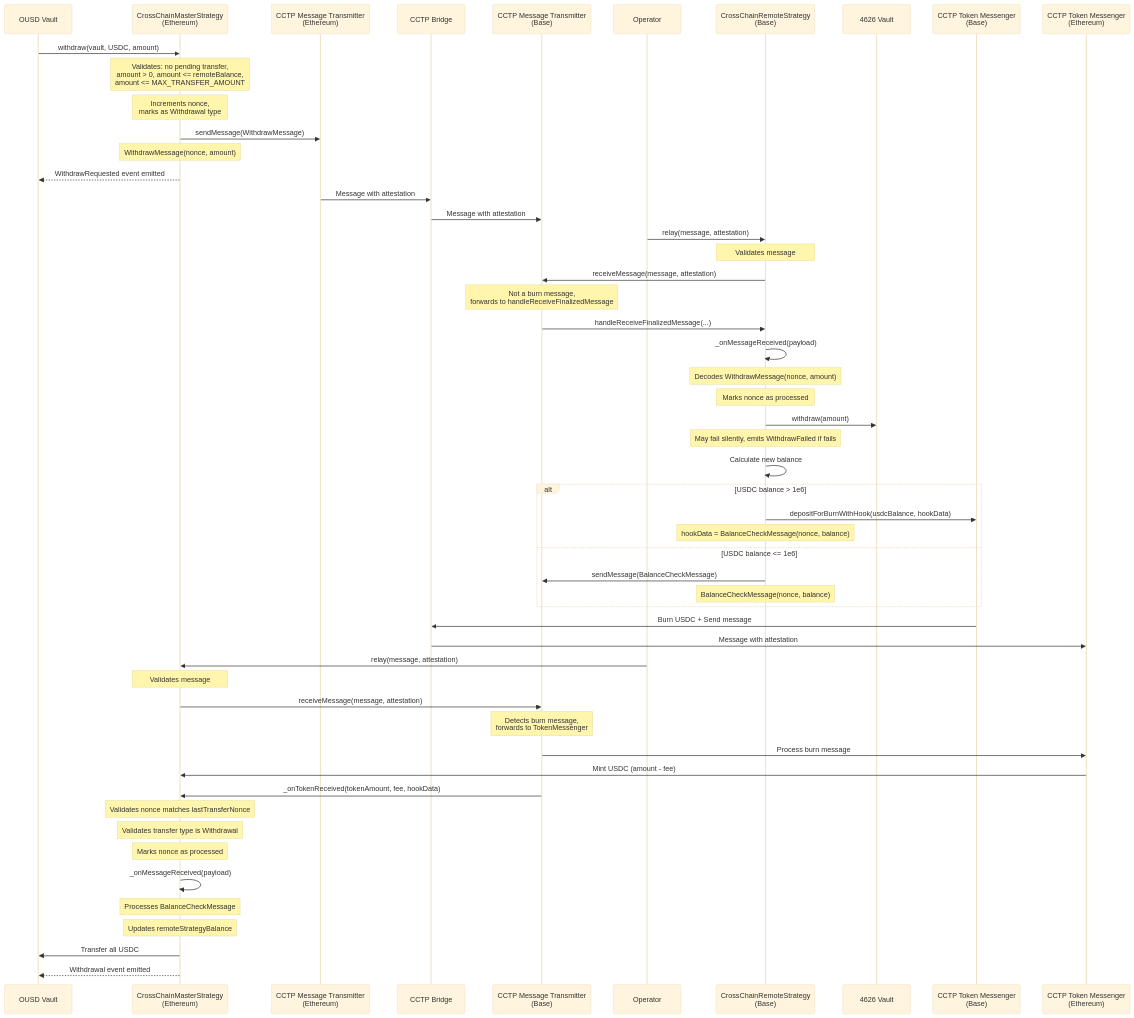
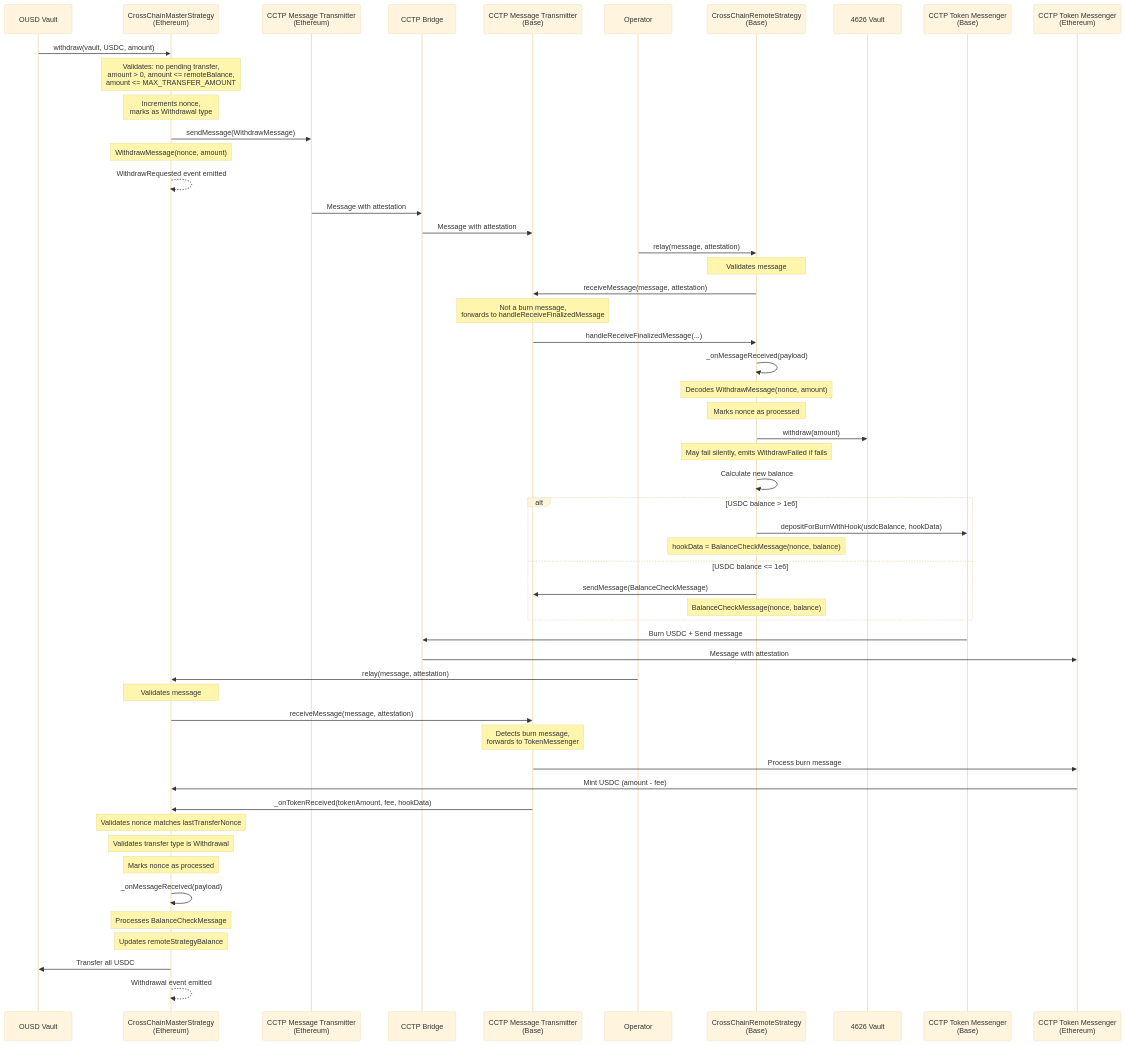
Before and after one commit to OriginProtocol/origin-dollar: the fourth of 5 diagrams in contracts/contracts/strategies/crosschain/crosschain-strategy.md, drawn with Mermaid (base theme). The commit also changed other lines of this file, not shown here.

Commit message:
adjust the charts

````diff
--- a/contracts/contracts/strategies/crosschain/crosschain-strategy.md
+++ b/contracts/contracts/strategies/crosschain/crosschain-strategy.md
@@ -442,62 +442,62 @@
 ```mermaid
 sequenceDiagram
     participant Vault as OUSD Vault
     participant Master as CrossChainMasterStrategy<br/>(Ethereum)
     participant CCTPMsg1 as CCTP Message Transmitter<br/>(Ethereum)
     participant Bridge as CCTP Bridge
     participant CCTPMsg2 as CCTP Message Transmitter<br/>(Base)
     participant Operator as Operator
     participant Remote as CrossChainRemoteStrategy<br/>(Base)
     participant Vault4626 as 4626 Vault
     participant CCTP1 as CCTP Token Messenger<br/>(Base)
     participant CCTP2 as CCTP Token Messenger<br/>(Ethereum)
 
     Vault->>Master: withdraw(vault, USDC, amount)
     Note over Master: Validates: no pending transfer,<br/>amount > 0, amount <= remoteBalance,<br/>amount <= MAX_TRANSFER_AMOUNT
     Note over Master: Increments nonce,<br/>marks as Withdrawal type
     Master->>CCTPMsg1: sendMessage(WithdrawMessage)
     Note over Master: WithdrawMessage(nonce, amount)
-    Master-->>Vault: WithdrawRequested event emitted
+    Master-->>Master: WithdrawRequested event emitted
     
     CCTPMsg1->>Bridge: Message with attestation
     Bridge->>CCTPMsg2: Message with attestation
     
     Operator->>Remote: relay(message, attestation)
     Note over Remote: Validates message
     Remote->>CCTPMsg2: receiveMessage(message, attestation)
     Note over CCTPMsg2: Not a burn message,<br/>forwards to handleReceiveFinalizedMessage
     CCTPMsg2->>Remote: handleReceiveFinalizedMessage(...)
     Remote->>Remote: _onMessageReceived(payload)
     Note over Remote: Decodes WithdrawMessage(nonce, amount)
     Note over Remote: Marks nonce as processed
     Remote->>Vault4626: withdraw(amount)
     Note over Remote: May fail silently, emits WithdrawFailed if fails
     Remote->>Remote: Calculate new balance
     
     alt USDC balance > 1e6
         Remote->>CCTP1: depositForBurnWithHook(usdcBalance, hookData)
         Note over Remote: hookData = BalanceCheckMessage(nonce, balance)
     else USDC balance <= 1e6
         Remote->>CCTPMsg2: sendMessage(BalanceCheckMessage)
         Note over Remote: BalanceCheckMessage(nonce, balance)
     end
     
     CCTP1->>Bridge: Burn USDC + Send message
     Bridge->>CCTP2: Message with attestation
     
     Operator->>Master: relay(message, attestation)
     Note over Master: Validates message
     Master->>CCTPMsg2: receiveMessage(message, attestation)
     Note over CCTPMsg2: Detects burn message,<br/>forwards to TokenMessenger
     CCTPMsg2->>CCTP2: Process burn message
     CCTP2->>Master: Mint USDC (amount - fee)
     CCTPMsg2->>Master: _onTokenReceived(tokenAmount, fee, hookData)
     Note over Master: Validates nonce matches lastTransferNonce
     Note over Master: Validates transfer type is Withdrawal
     Note over Master: Marks nonce as processed
     Master->>Master: _onMessageReceived(payload)
     Note over Master: Processes BalanceCheckMessage
     Note over Master: Updates remoteStrategyBalance
     Master->>Vault: Transfer all USDC
-    Master-->>Vault: Withdrawal event emitted
+    Master-->>Master: Withdrawal event emitted
 ```
````
